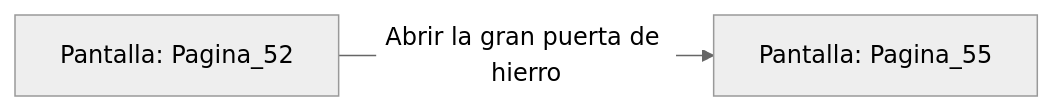
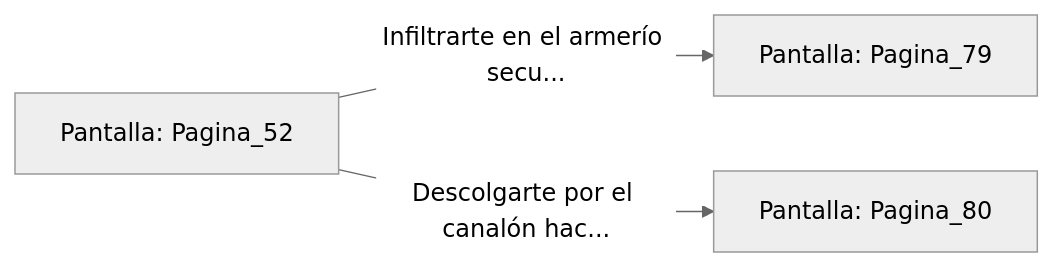
The diagram in sample/eligejuego-vault/Pantalla_Pagina_52.md (metsuke/mpl), drawn with Mermaid (neutral theme) before and after one commit. The commit also changed other lines of this file and 635 other files, not shown here.

First line of the commit message:
fix: añadir Pagina_1 como pantalla inicial en capitulo_01.mpl

````diff
--- a/sample/eligejuego-vault/Pantalla_Pagina_52.md
+++ b/sample/eligejuego-vault/Pantalla_Pagina_52.md
@@ -14,5 +22,6 @@
 ```mermaid
 graph LR
     P_Pagina_52["Pantalla: Pagina_52"]
-    P_Pagina_52 -->|"Abrir la gran puerta de hierro"| P_Pagina_55["Pantalla: Pagina_55"]
+    P_Pagina_52 -->|"Infiltrarte en el armerío secu..."| P_Pagina_79["Pantalla: Pagina_79"]
+    P_Pagina_52 -->|"Descolgarte por el canalón hac..."| P_Pagina_80["Pantalla: Pagina_80"]
 ```
````
